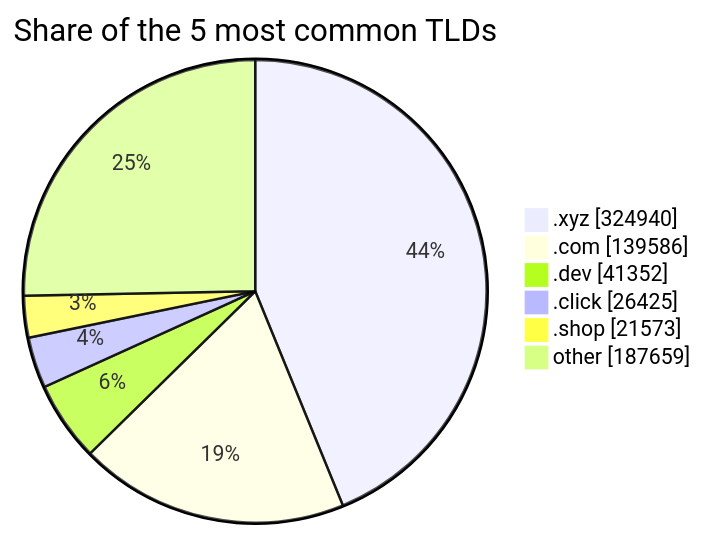
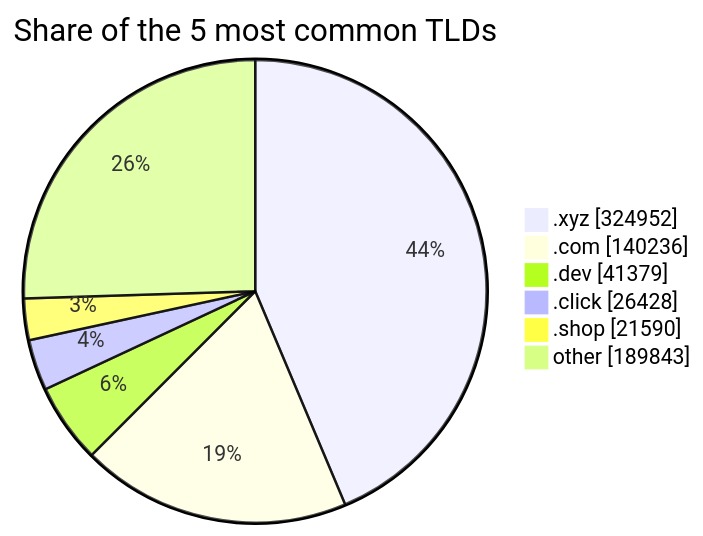
Before and after one commit to DNSBunker/CTI: the third of 3 diagrams in README.md, drawn with Mermaid. The commit also changed other lines of this file and 3 other files, not shown here.

````diff
--- a/README.md
+++ b/README.md
@@ -81,9 +81,9 @@
 ```mermaid
 pie showData title Share of the 5 most common TLDs
-    ".xyz" : 324940
-    ".com" : 139586
-    ".dev" : 41352
-    ".click" : 26425
-    ".shop" : 21573
-    "other" : 187659
+    ".xyz" : 324952
+    ".com" : 140236
+    ".dev" : 41379
+    ".click" : 26428
+    ".shop" : 21590
+    "other" : 189843
 ```
````
